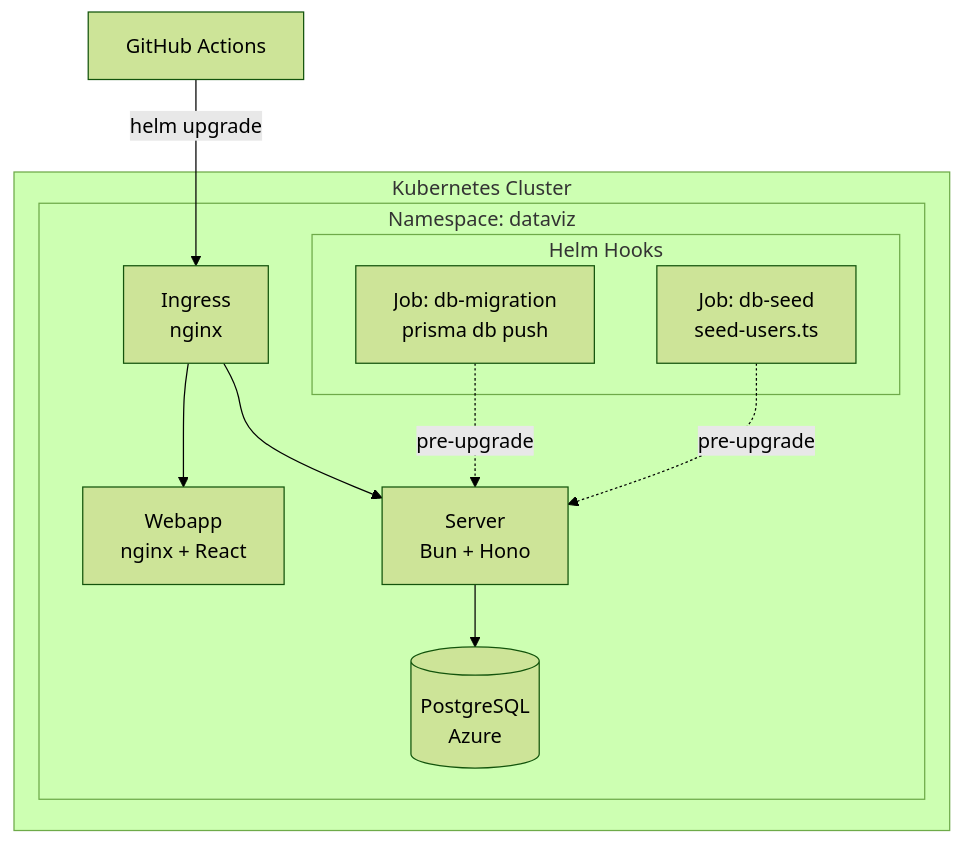
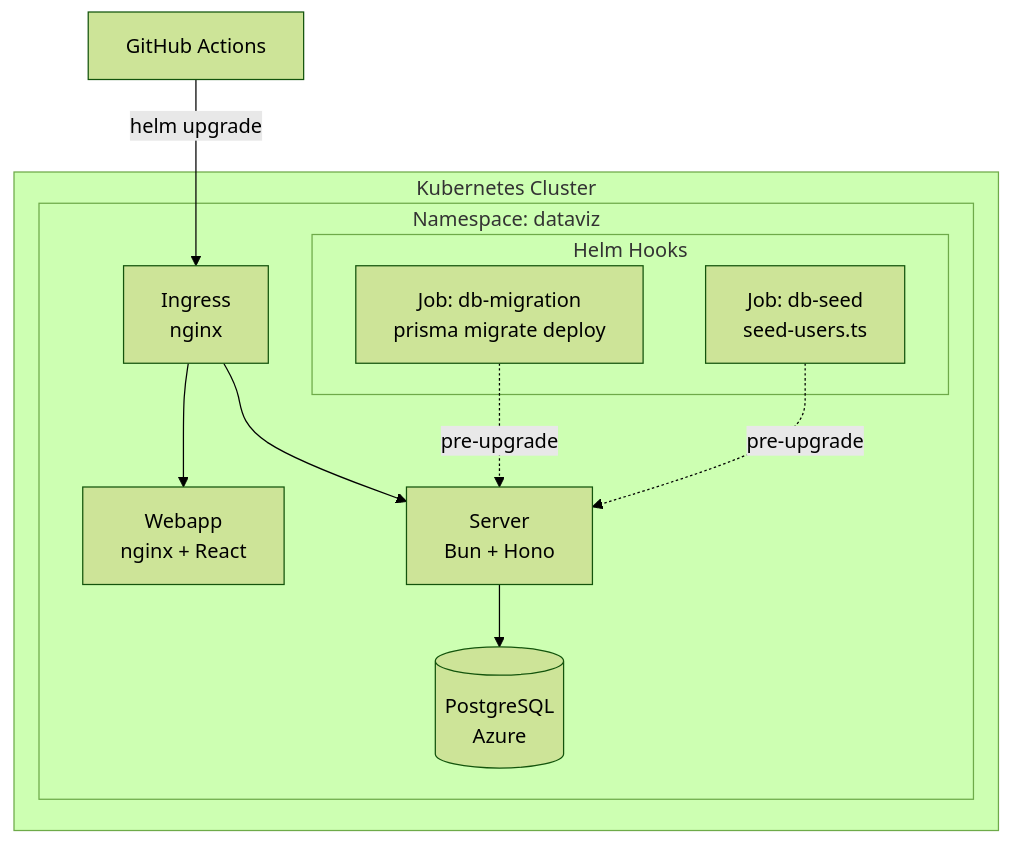
One commit to italia/graph-italia changed the sixth of 15 diagrams in README.md. Above: the diagram before and after it, drawn with Mermaid (forest theme). The commit also changed other lines of this file and 10 other files, not shown here.

First line of the commit message:
fix(helm): harden and automate legacy Prisma migration flow

````diff
--- a/README.md
+++ b/README.md
@@ -555,20 +555,20 @@
 ```mermaid
 graph TB
     subgraph "Kubernetes Cluster"
         subgraph "Namespace: dataviz"
             Ingress[Ingress<br/>nginx] --> Webapp[Webapp<br/>nginx + React]
             Ingress --> Server[Server<br/>Bun + Hono]
             Server --> DB[(PostgreSQL<br/>Azure)]
 
             subgraph "Helm Hooks"
-                Migration[Job: db-migration<br/>prisma db push]
+                Migration[Job: db-migration<br/>prisma migrate deploy]
                 Seed[Job: db-seed<br/>seed-users.ts]
             end
 
             Migration -.->|pre-upgrade| Server
             Seed -.->|pre-upgrade| Server
         end
     end
 
     CI[GitHub Actions] -->|helm upgrade| Ingress
 ```
````
